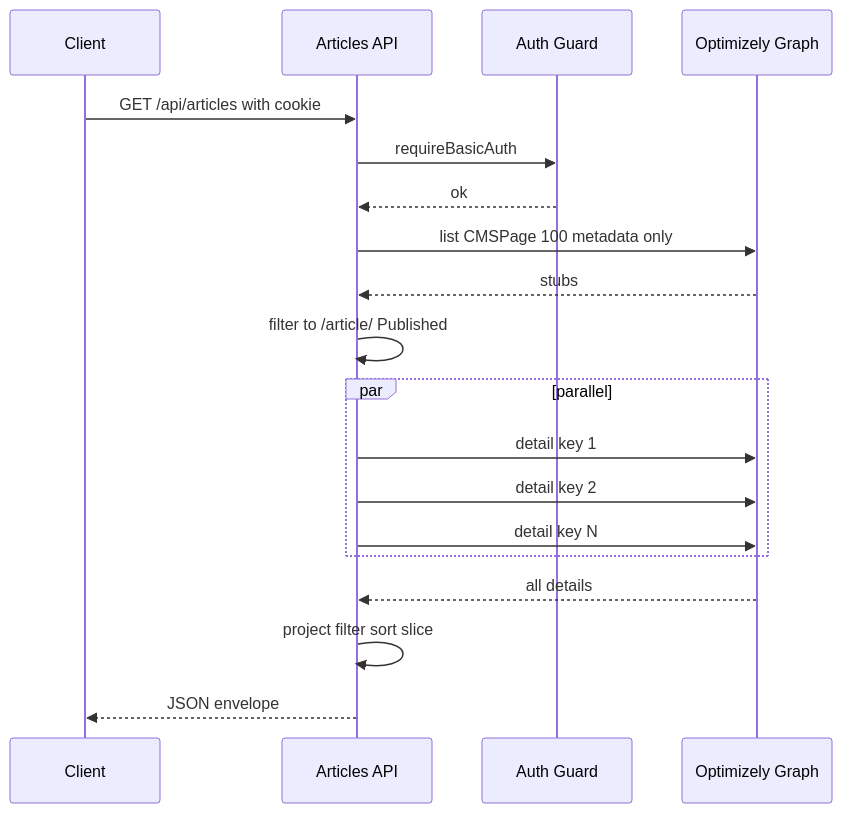
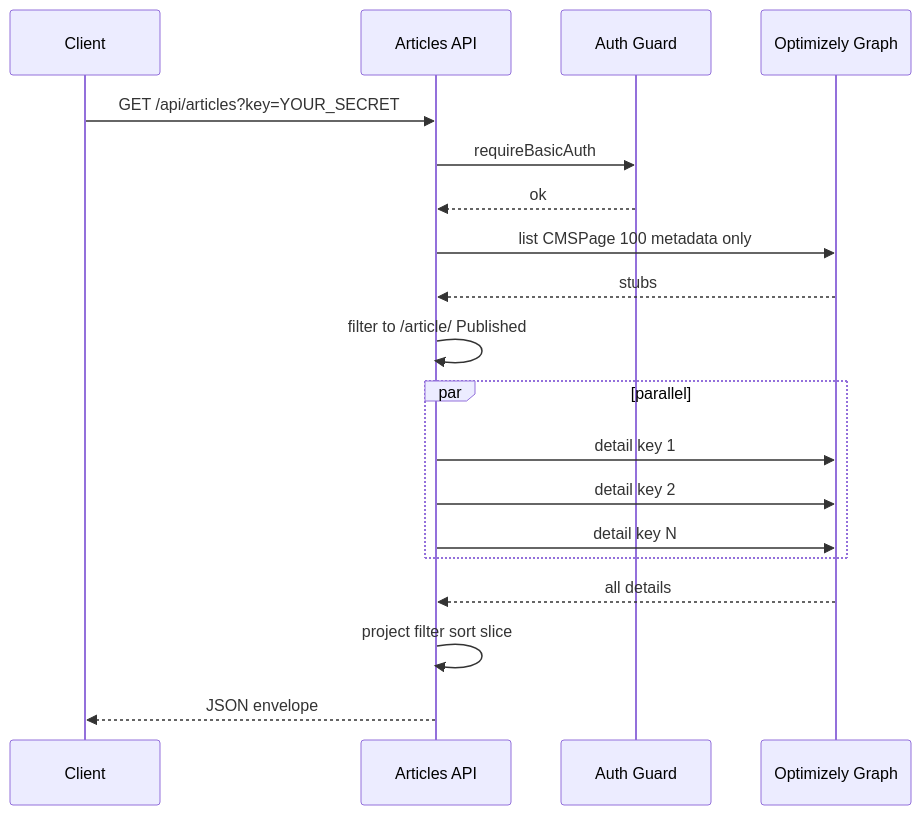
The third of 4 diagrams in docs/ARTICLES_API.md (SHARATHKM2004/new--repo), drawn with Mermaid before and after one commit. The commit also changed other lines of this file and 5 other files, not shown here.

Commit message:
feat(auth): replace cookie API auth with query key access

````diff
--- a/docs/ARTICLES_API.md
+++ b/docs/ARTICLES_API.md
@@ -304,22 +304,22 @@
 ```mermaid
 sequenceDiagram
     participant U as Client
     participant API as Articles API
     participant Auth as Auth Guard
     participant G as Optimizely Graph
 
-    U->>API: GET /api/articles with cookie
+    U->>API: GET /api/articles?key=YOUR_SECRET
     API->>Auth: requireBasicAuth
     Auth-->>API: ok
     API->>G: list CMSPage 100 metadata only
     G-->>API: stubs
     API->>API: filter to /article/ Published
     par parallel
         API->>G: detail key 1
         API->>G: detail key 2
         API->>G: detail key N
     end
     G-->>API: all details
     API->>API: project filter sort slice
     API-->>U: JSON envelope
 ```
````
